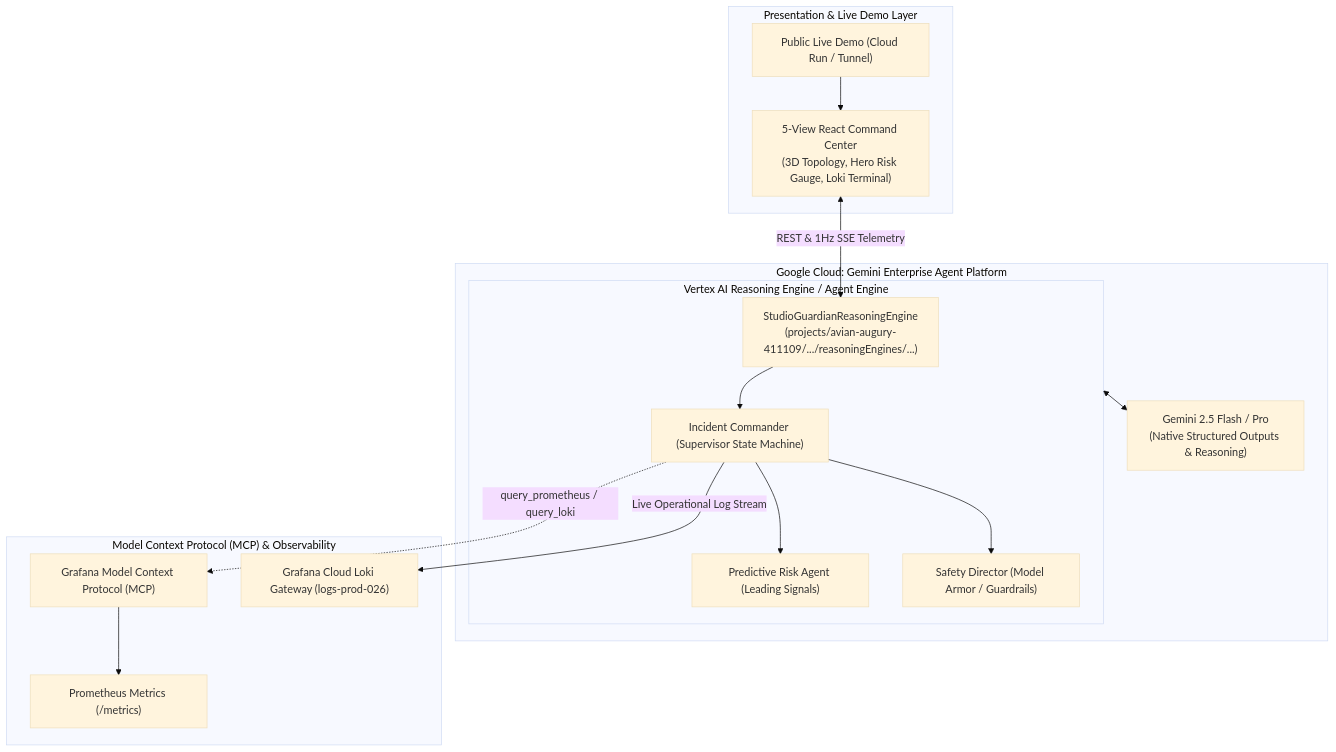
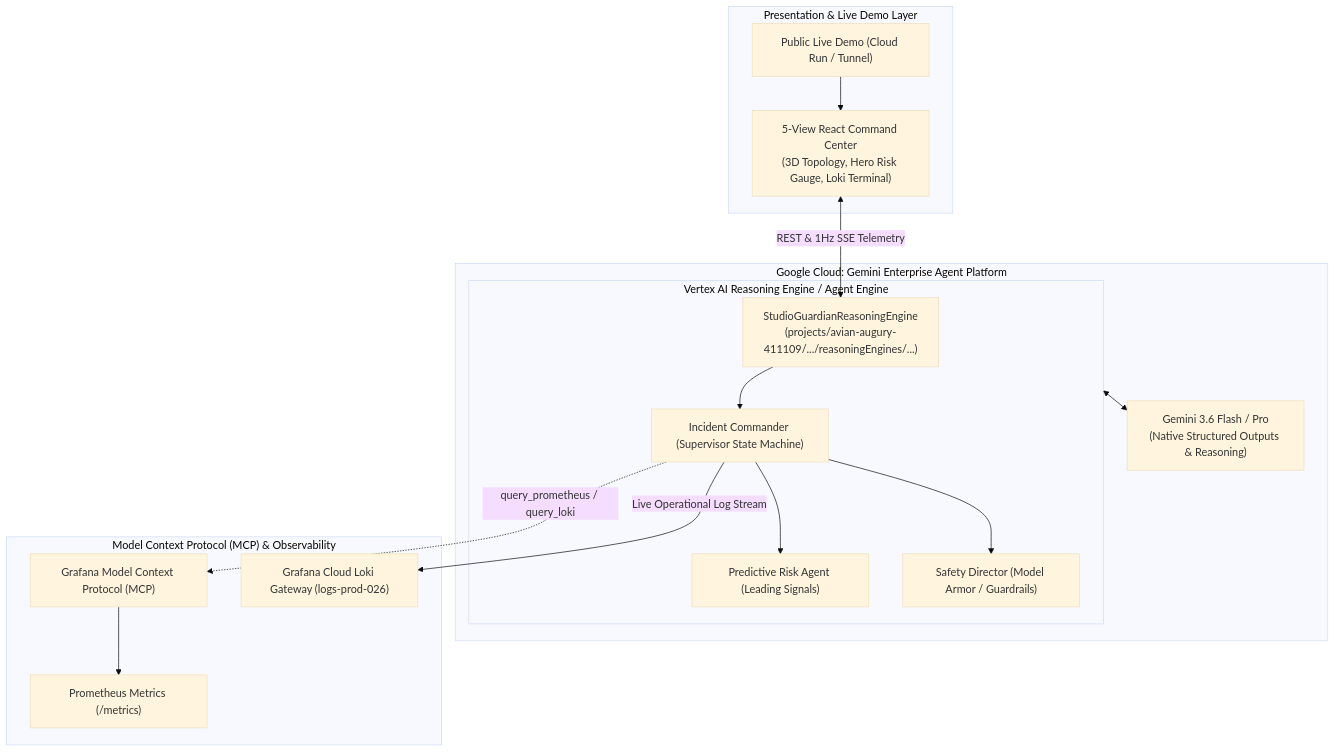
One commit to Harinath0225/studio_guardian changed the diagram in docs/GEMINI_ENTERPRISE_AGENT_PLATFORM.md. Above: the diagram before and after it, drawn with Mermaid (base theme). The commit also changed other lines of this file and 8 other files, not shown here.

Commit message:
feat: upgrade model references and UI cards to Gemini 3.6 Flash and Gemini 3.6 Multi-Signal

````diff
--- a/docs/GEMINI_ENTERPRISE_AGENT_PLATFORM.md
+++ b/docs/GEMINI_ENTERPRISE_AGENT_PLATFORM.md
@@ -14,36 +14,36 @@
 ```mermaid
 flowchart TD
     subgraph ClientPresentation ["Presentation & Live Demo Layer"]
         PublicURL["Public Live Demo (Cloud Run / Tunnel)"]
         CommandCenter["5-View React Command Center\n(3D Topology, Hero Risk Gauge, Loki Terminal)"]
         PublicURL --> CommandCenter
     end
 
     subgraph GeminiEnterprisePlatform ["Google Cloud: Gemini Enterprise Agent Platform"]
         subgraph ReasoningEngine ["Vertex AI Reasoning Engine / Agent Engine"]
             SGEngine["StudioGuardianReasoningEngine\n(projects/avian-augury-411109/.../reasoningEngines/...)"]
             IC["Incident Commander (Supervisor State Machine)"]
             PredAgent["Predictive Risk Agent (Leading Signals)"]
             SafetyDir["Safety Director (Model Armor / Guardrails)"]
             
             SGEngine --> IC
             IC --> PredAgent
             IC --> SafetyDir
         end
 
-        GeminiModel["Gemini 2.5 Flash / Pro\n(Native Structured Outputs & Reasoning)"]
+        GeminiModel["Gemini 3.6 Flash / Pro\n(Native Structured Outputs & Reasoning)"]
         ReasoningEngine <--> GeminiModel
     end
 
     subgraph MCPAndTools ["Model Context Protocol (MCP) & Observability"]
         GrafanaMCP["Grafana Model Context Protocol (MCP)"]
         Prometheus["Prometheus Metrics (/metrics)"]
         LokiStream["Grafana Cloud Loki Gateway (logs-prod-026)"]
 
         IC -.->|query_prometheus / query_loki| GrafanaMCP
         GrafanaMCP --> Prometheus
         IC -->|Live Operational Log Stream| LokiStream
     end
 
     CommandCenter <-->|REST & 1Hz SSE Telemetry| SGEngine
 ```
````
